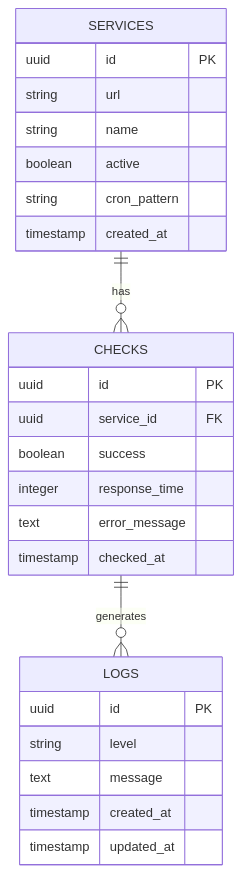
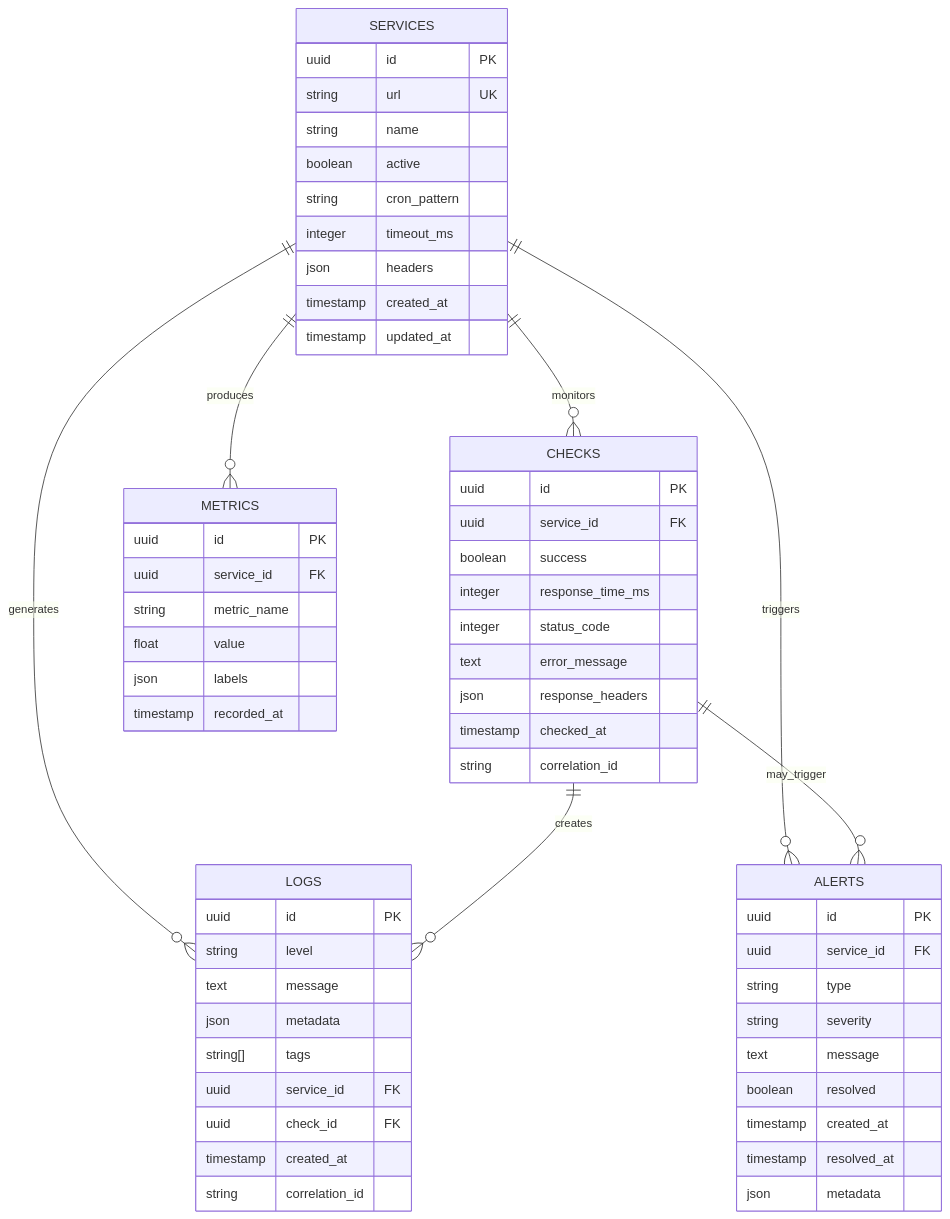
Before and after one commit to Khalest/NocApp: the tenth of 15 diagrams in README.md, drawn with Mermaid. The commit also changed other lines of this file, not shown here.

````diff
--- a/README.md
+++ b/README.md
@@ -332,31 +1357,66 @@
 ```mermaid
 erDiagram
-    LOGS {
-        uuid id PK
-        string level
-        text message
-        timestamp created_at
-        timestamp updated_at
-    }
-
     SERVICES {
         uuid id PK
-        string url
+        string url UK
         string name
         boolean active
         string cron_pattern
+        integer timeout_ms
+        json headers
         timestamp created_at
+        timestamp updated_at
     }
 
     CHECKS {
         uuid id PK
         uuid service_id FK
         boolean success
-        integer response_time
+        integer response_time_ms
+        integer status_code
         text error_message
+        json response_headers
         timestamp checked_at
+        string correlation_id
     }
 
-    SERVICES ||--o{ CHECKS : has
-    CHECKS ||--o{ LOGS : generates
+    LOGS {
+        uuid id PK
+        string level
+        text message
+        json metadata
+        string[] tags
+        uuid service_id FK
+        uuid check_id FK
+        timestamp created_at
+        string correlation_id
+    }
+
+    ALERTS {
+        uuid id PK
+        uuid service_id FK
+        string type
+        string severity
+        text message
+        boolean resolved
+        timestamp created_at
+        timestamp resolved_at
+        json metadata
+    }
+
+    METRICS {
+        uuid id PK
+        uuid service_id FK
+        string metric_name
+        float value
+        json labels
+        timestamp recorded_at
+    }
+
+    SERVICES ||--o{ CHECKS : monitors
+    SERVICES ||--o{ LOGS : generates
+    SERVICES ||--o{ ALERTS : triggers
+    SERVICES ||--o{ METRICS : produces
+    CHECKS ||--o{ LOGS : creates
+    CHECKS ||--o{ ALERTS : may_trigger
 ```
````
